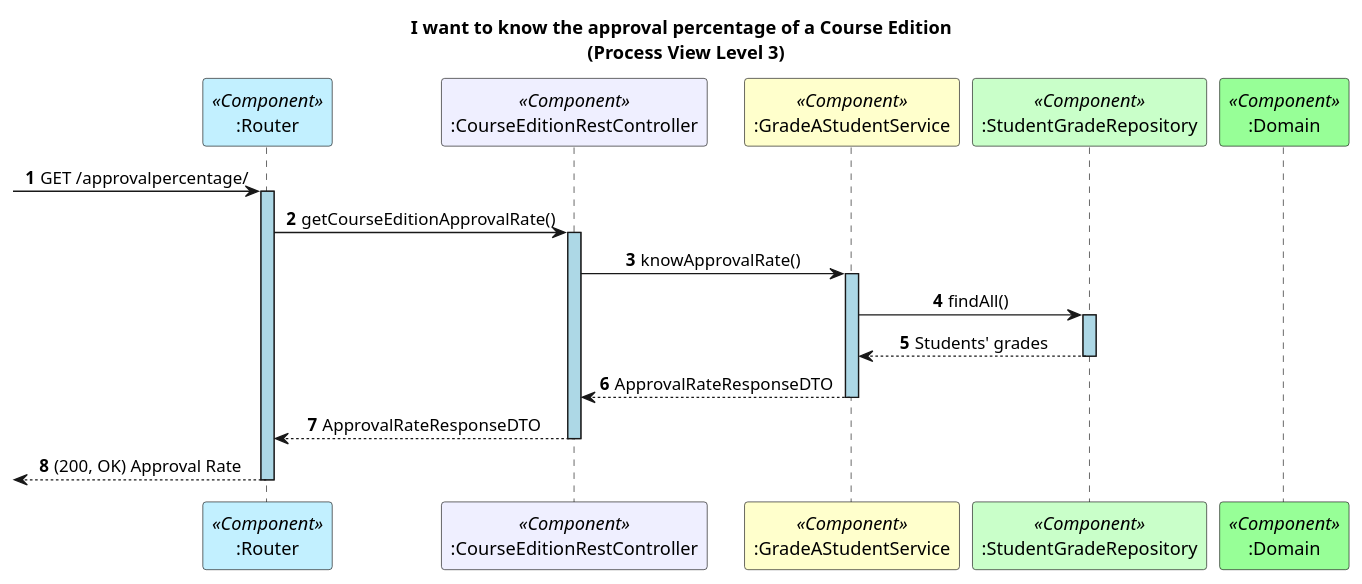
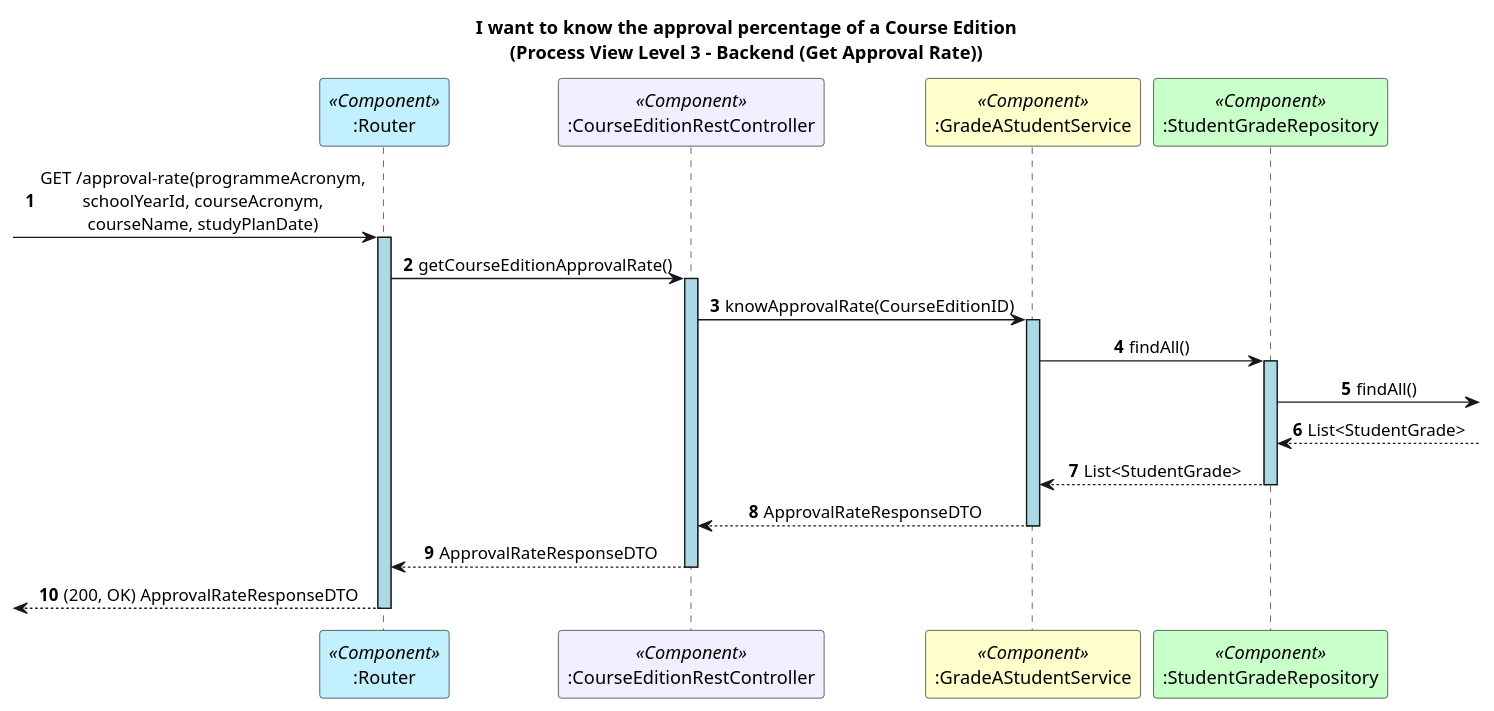
One commit to GasparISEP/DevOps-PAI changed the diagram in docs/US23/REST_API/ProcessView/Level3knowApprovalRate.puml. Above: the diagram before and after it, drawn with PlantUML. The commit also changed 1 other file, not shown here.

Commit message:
Update Process View's Level 3 Diagrams. Refs #725

```diff
--- a/docs/US23/REST_API/ProcessView/Level3knowApprovalRate.puml
+++ b/docs/US23/REST_API/ProcessView/Level3knowApprovalRate.puml
@@ -1,39 +1,39 @@
 @startuml
 
 autonumber
 skinparam sequenceMessageAlign center
 skinparam sequenceLifeLineBackgroundColor lightblue
-title I want to know the approval percentage of a Course Edition \n (Process View Level 3)
+title I want to know the approval percentage of a Course Edition\n(Process View Level 3 – Backend (Get Approval Rate))
 skinparam sequencemessagealign center
 
 participant ":Router" as Router <<Component>> #application
 participant ":CourseEditionRestController" as Controller <<Component>> #motivation
 participant ":GradeAStudentService" as Service <<Component>> #business
 participant ":StudentGradeRepository" as Repository <<Component>> #technology
-participant ":Domain" as Domain <<Component>> #physical
 
 
-
--> Router : GET /approvalpercentage/
+-> Router : GET /approval-rate(programmeAcronym,\nschoolYearId, courseAcronym,\ncourseName, studyPlanDate)
 activate Router
 Router -> Controller : getCourseEditionApprovalRate()
 
 activate Controller
-Controller -> Service : knowApprovalRate()
+Controller -> Service : knowApprovalRate(CourseEditionID)
 
 activate Service
 Service -> Repository : findAll()
 activate Repository
-Repository --> Service : Students' grades
+Repository ->  : findAll()
+Repository <-- : List<StudentGrade>
+Repository --> Service :  List<StudentGrade>
 deactivate Repository
 
 Service --> Controller : ApprovalRateResponseDTO
 deactivate Service
 
 Controller --> Router : ApprovalRateResponseDTO
 deactivate Controller
 
-<-- Router : (200, OK) Approval Rate
+<-- Router : (200, OK) ApprovalRateResponseDTO
 deactivate Router
 
 @enduml
```
